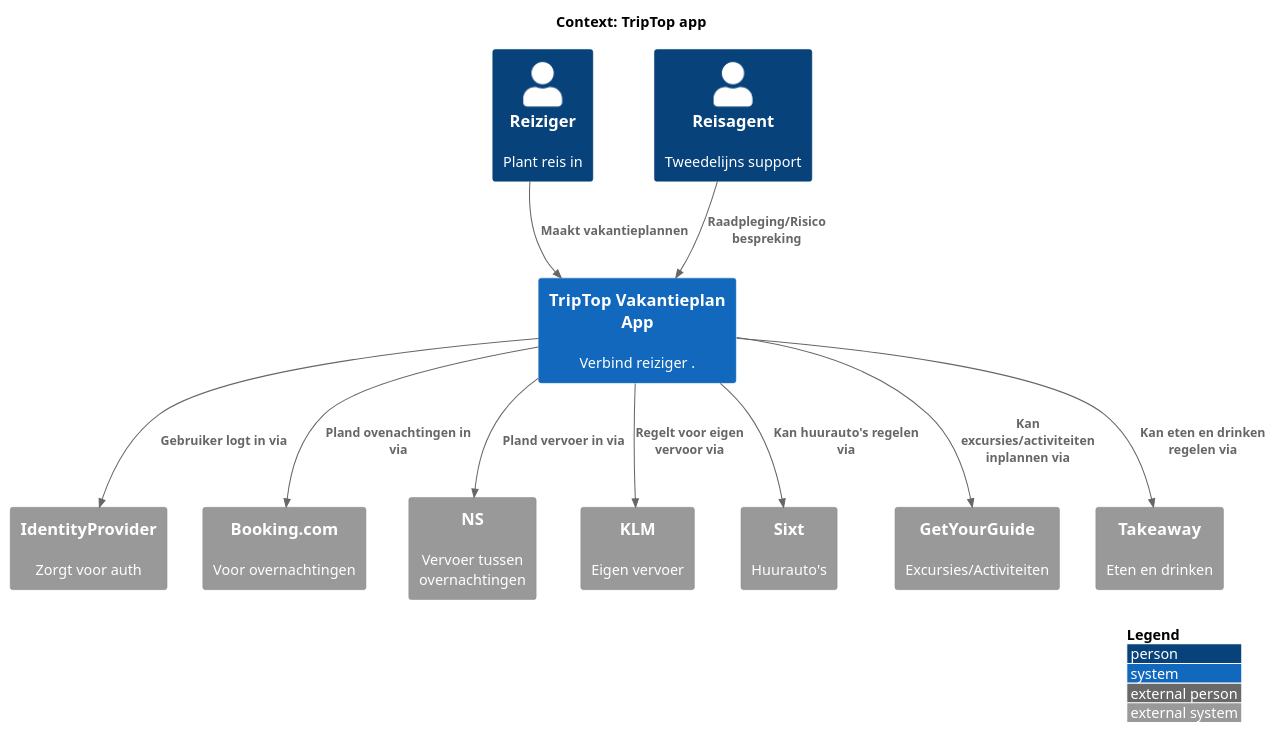
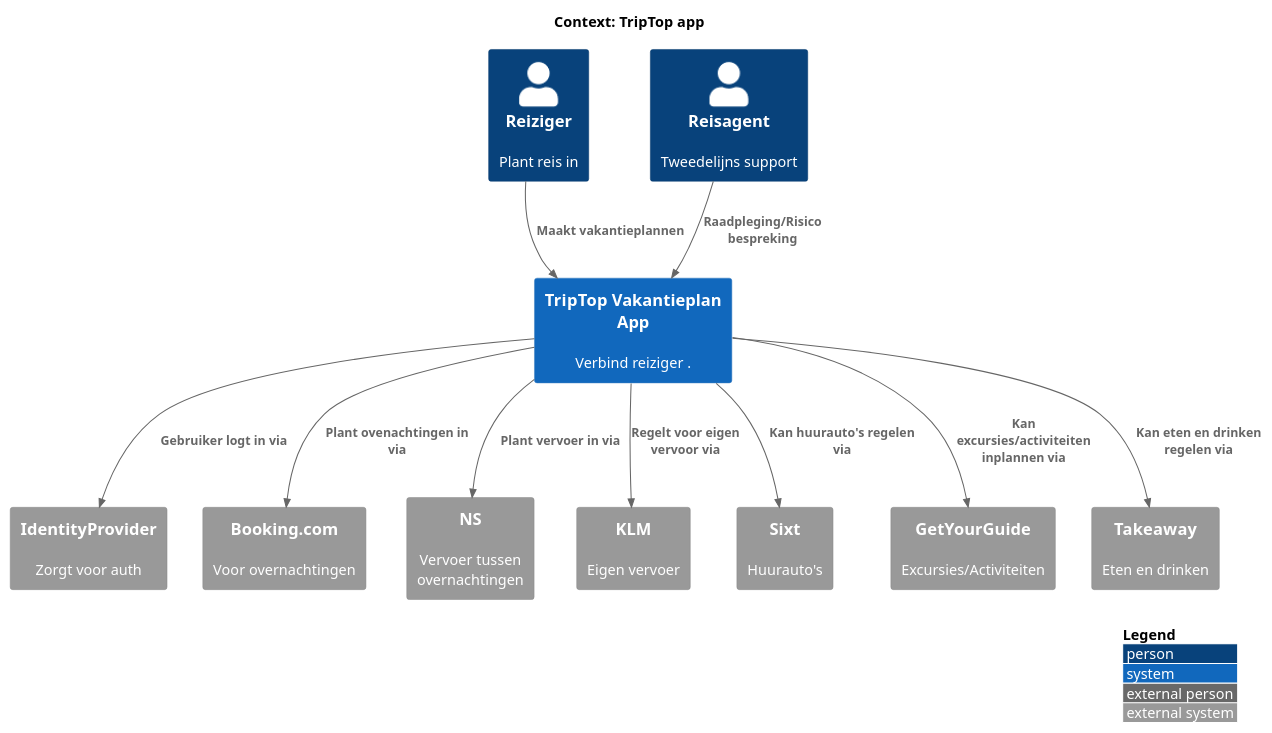
The diagram in opdracht-diagrammen/context_diagram_ramon.puml (AIM-ENE-feb25/triptop-groep-3-pedro-ramon-mees), drawn with PlantUML before and after one commit. The commit also changed 1 other file, not shown here.

Commit message:
Add container diagram

```diff
--- a/opdracht-diagrammen/context_diagram_ramon.puml
+++ b/opdracht-diagrammen/context_diagram_ramon.puml
@@ -1,36 +1,36 @@
 @startuml
 
 !include <C4/C4>
 !include <C4/C4_Context>
 !include https://raw.githubusercontent.com/plantuml-stdlib/C4-PlantUML/master/C4_Context.puml
 
 title Context: TripTop app
 
 Person(reiziger,  "Reiziger",  "Plant reis in")
 Person(reisagent, "Reisagent", "Tweedelijns support")
 
 System(triptop, "TripTop Vakantieplan App", "Verbind reiziger .")
 
 System_Ext(identityprovider, "IdentityProvider", "Zorgt voor auth")
 System_Ext(booking,          "Booking.com",      "Voor overnachtingen")
 System_Ext(ns,               "NS",               "Vervoer tussen overnachtingen")
 System_Ext(klm,              "KLM",              "Eigen vervoer")
 System_Ext(sixt,             "Sixt",             "Huurauto's")
 System_Ext(gyg,              "GetYourGuide",     "Excursies/Activiteiten")
 System_Ext(takeaway,         "Takeaway",         "Eten en drinken")
 
 Rel(reiziger,  triptop, "Maakt vakantieplannen")
 Rel(reisagent, triptop, "Raadpleging/Risico bespreking")
 
 Rel(triptop, identityprovider, "Gebruiker logt in via")
-Rel(triptop, booking,          "Pland ovenachtingen in via")
-Rel(triptop, ns,               "Pland vervoer in via")
+Rel(triptop, booking,          "Plant ovenachtingen in via")
+Rel(triptop, ns,               "Plant vervoer in via")
 Rel(triptop, klm,              "Regelt voor eigen vervoor via")
 Rel(triptop, sixt,             "Kan huurauto's regelen via")
 Rel(triptop, gyg,              "Kan excursies/activiteiten inplannen via")
 Rel(triptop, takeaway,         "Kan eten en drinken regelen via")
 
 SHOW_LEGEND(true)
 LAYOUT_WITH_LEGEND()
 
 @enduml
```
